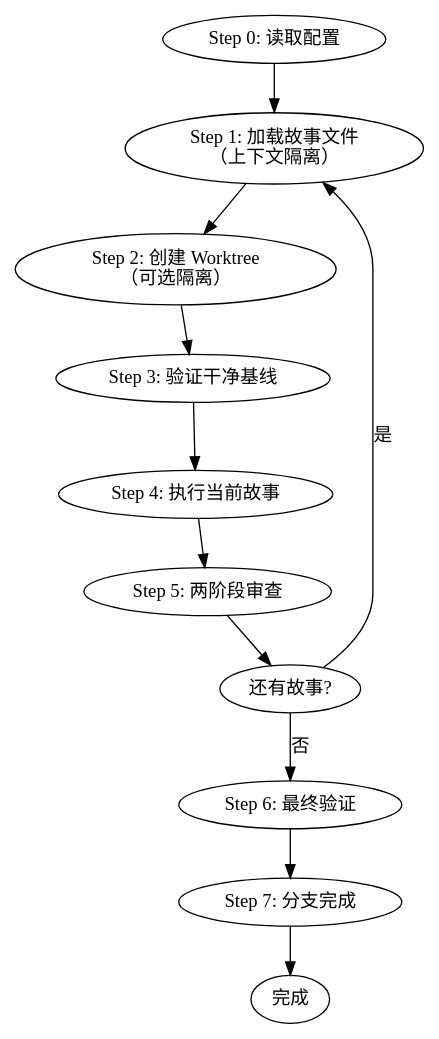
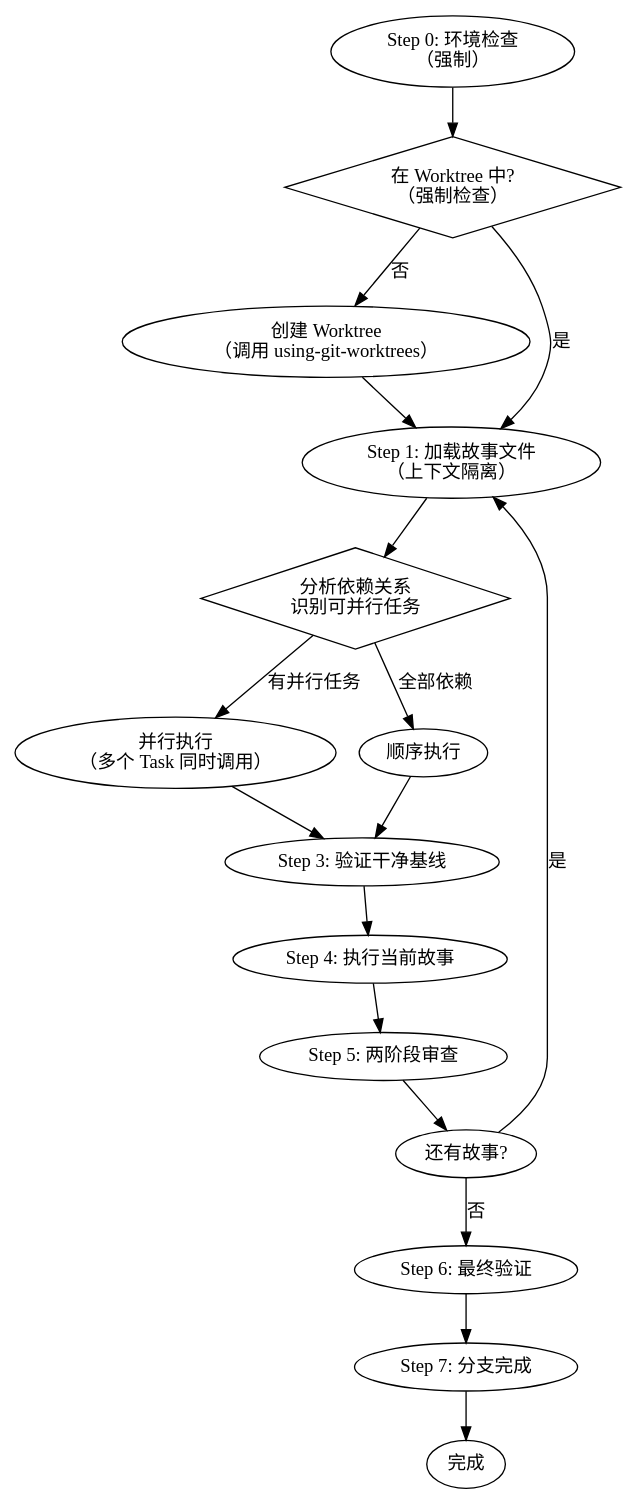
The first of 3 diagrams in .claude/skills/ideal-dev-exec/SKILL.md (MTleen/cc-workflow), drawn with Graphviz before and after one commit. The commit also changed other lines of this file and 87 other files, not shown here.

````diff
--- a/.claude/skills/ideal-dev-exec/SKILL.md
+++ b/.claude/skills/ideal-dev-exec/SKILL.md
@@ -96,22 +111,35 @@
 ```dot
 digraph dev_exec_workflow {
     rankdir=TB;
 
-    start [label="Step 0: 读取配置"];
+    start [label="Step 0: 环境检查\n（强制）"];
+    worktree_check [label="在 Worktree 中?\n（强制检查）" shape=diamond];
+    create_worktree [label="创建 Worktree\n（调用 using-git-worktrees）"];
     story [label="Step 1: 加载故事文件\n（上下文隔离）"];
-    worktree [label="Step 2: 创建 Worktree\n（可选隔离）"];
+    parallel_check [label="分析依赖关系\n识别可并行任务" shape=diamond];
+    parallel_exec [label="并行执行\n（多个 Task 同时调用）"];
+    seq_exec [label="顺序执行"];
     baseline [label="Step 3: 验证干净基线"];
     batch [label="Step 4: 执行当前故事"];
     review [label="Step 5: 两阶段审查"];
     more [label="还有故事?"];
     final [label="Step 6: 最终验证"];
     finish [label="Step 7: 分支完成"];
     end [label="完成"];
 
-    start -> story -> worktree -> baseline -> batch -> review;
+    start -> worktree_check;
+    worktree_check -> story [label="是"];
+    worktree_check -> create_worktree [label="否"];
+    create_worktree -> story;
+    story -> parallel_check;
+    parallel_check -> parallel_exec [label="有并行任务"];
+    parallel_check -> seq_exec [label="全部依赖"];
+    parallel_exec -> baseline;
+    seq_exec -> baseline;
+    baseline -> batch -> review;
     review -> more;
     more -> story [label="是"];
     more -> final [label="否"];
     final -> finish -> end;
 }
 ```
````
